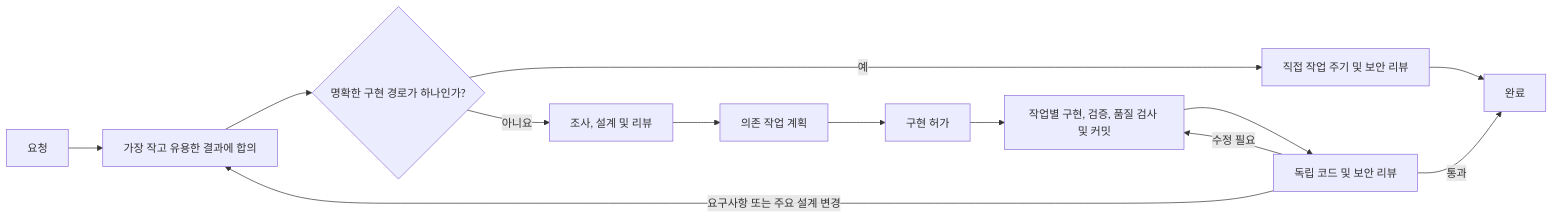
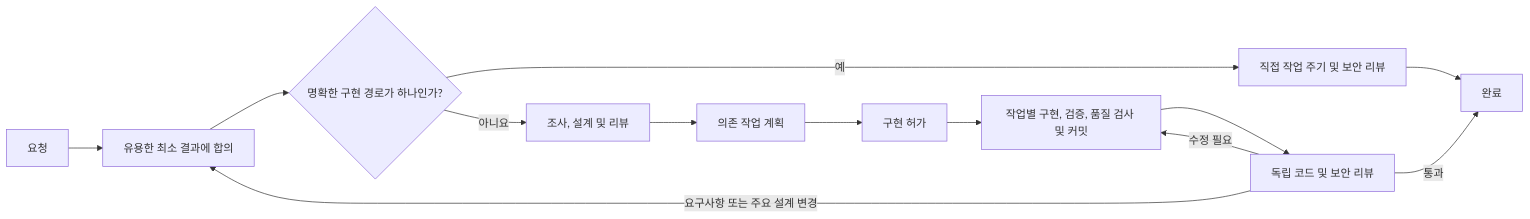
The diagram in README.ko.md (shinpr/codex-workflows), drawn with Mermaid before and after one commit. The commit also changed other lines of this file and 13 other files, not shown here.

````diff
--- a/README.ko.md
+++ b/README.ko.md
@@ -82,15 +82,15 @@
 ```mermaid
 flowchart LR
-    A[요청] --> B[가장 작고 유용한 결과에 합의]
+    A[요청] --> B[유용한 최소 결과에 합의]
     B --> C{명확한 구현 경로가 하나인가?}
     C -->|예| S[직접 작업 주기 및 보안 리뷰]
     S --> L[완료]
     C -->|아니요| D[조사, 설계 및 리뷰]
     D --> E[의존 작업 계획]
     E --> F[구현 허가]
     F --> H[작업별 구현, 검증, 품질 검사 및 커밋]
     H --> K[독립 코드 및 보안 리뷰]
     K -->|수정 필요| H
     K -->|요구사항 또는 주요 설계 변경| B
     K -->|통과| L[완료]
 ```
````
